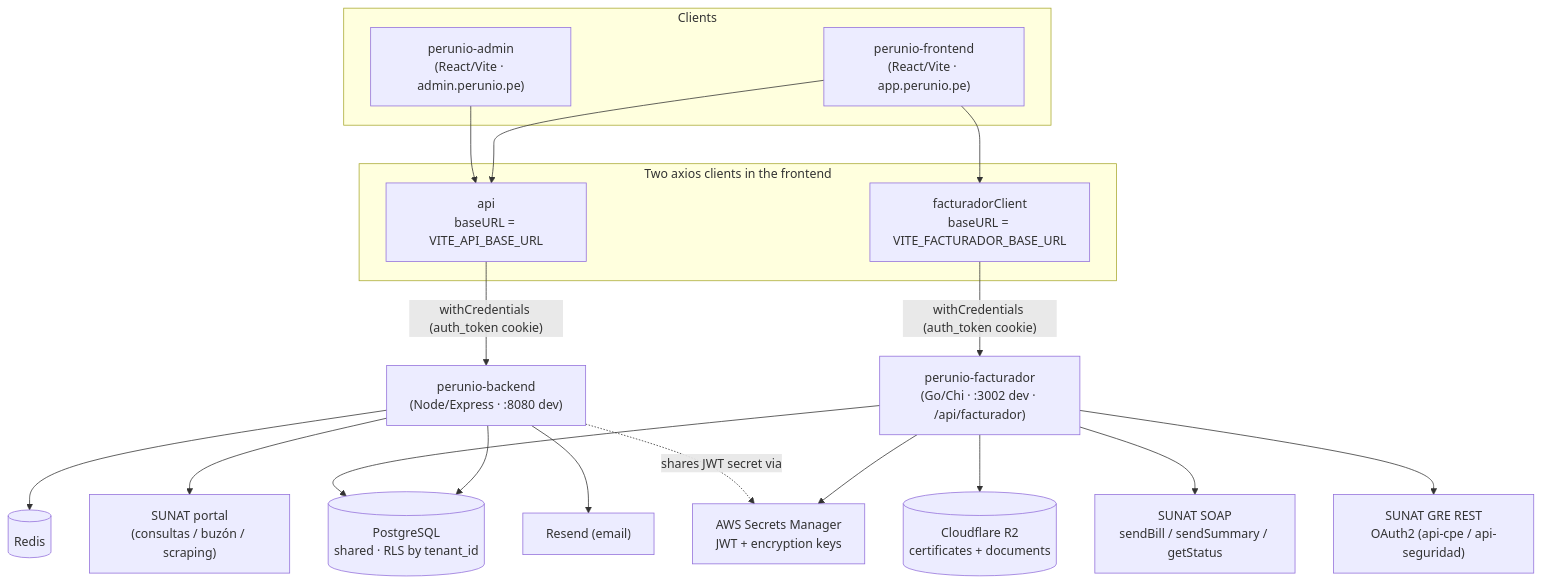
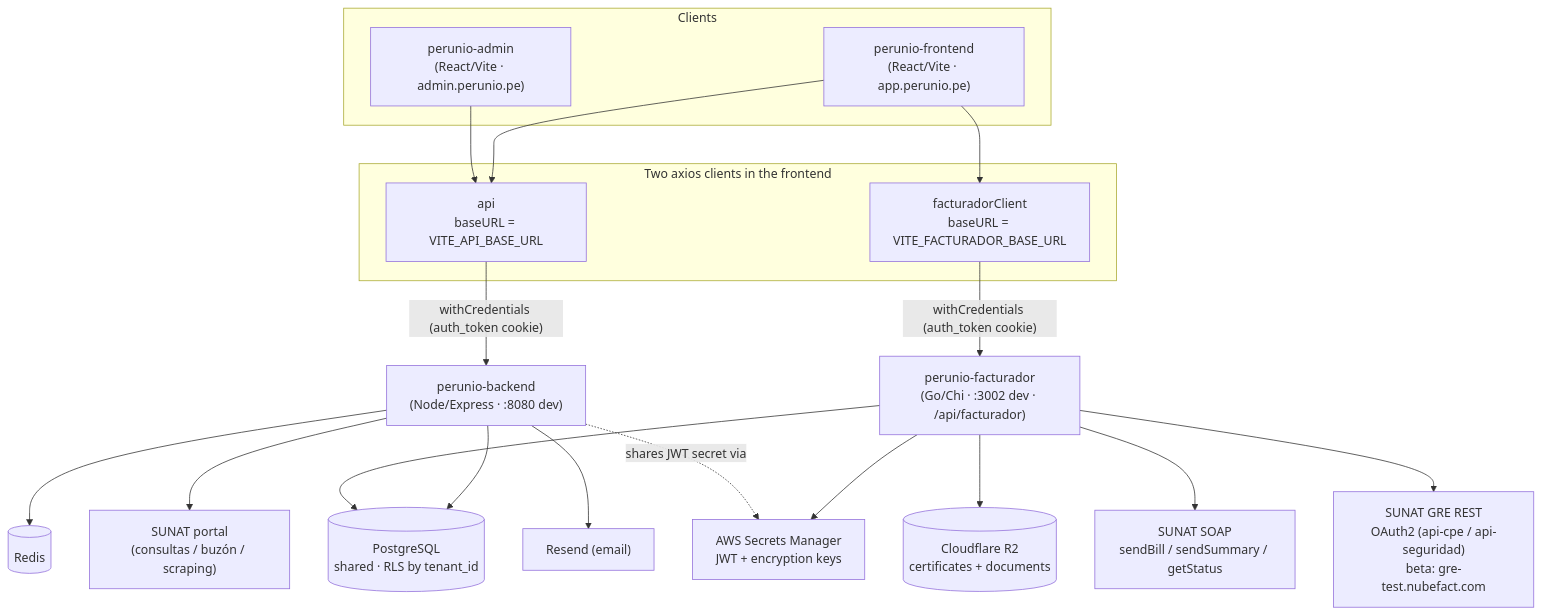
One commit to nmitic/perunio-facturador changed the first of 3 diagrams in ARCHITECTURE.md. Above: the diagram before and after it, drawn with Mermaid. The commit also changed 18 other files, not shown here.

First line of the commit message:
Send beta guías de remisión to a test server, never to SUNAT

````diff
--- a/ARCHITECTURE.md
+++ b/ARCHITECTURE.md
@@ -9,44 +9,44 @@
 ```mermaid
 graph TD
     subgraph Clients
         FE["perunio-frontend<br/>(React/Vite · app.perunio.pe)"]
         ADM["perunio-admin<br/>(React/Vite · admin.perunio.pe)"]
     end
 
     subgraph "Two axios clients in the frontend"
         C1["api<br/>baseURL = VITE_API_BASE_URL"]
         C2["facturadorClient<br/>baseURL = VITE_FACTURADOR_BASE_URL"]
     end
 
     BE["perunio-backend<br/>(Node/Express · :8080 dev)"]
     FAC["perunio-facturador<br/>(Go/Chi · :3002 dev · /api/facturador)"]
 
     PG[("PostgreSQL<br/>shared · RLS by tenant_id")]
     REDIS[("Redis")]
     R2[("Cloudflare R2<br/>certificates + documents")]
     ASM["AWS Secrets Manager<br/>JWT + encryption keys"]
     SUNAT_SOAP["SUNAT SOAP<br/>sendBill / sendSummary / getStatus"]
-    SUNAT_GRE["SUNAT GRE REST<br/>OAuth2 (api-cpe / api-seguridad)"]
+    SUNAT_GRE["SUNAT GRE REST<br/>OAuth2 (api-cpe / api-seguridad)<br/>beta: gre-test.nubefact.com"]
     SUNAT_SCRAPE["SUNAT portal<br/>(consultas / buzón / scraping)"]
     RESEND["Resend (email)"]
 
     FE --> C1
     FE --> C2
     ADM --> C1
 
     C1 -->|"withCredentials (auth_token cookie)"| BE
     C2 -->|"withCredentials (auth_token cookie)"| FAC
 
     BE --> PG
     BE --> REDIS
     BE --> SUNAT_SCRAPE
     BE --> RESEND
 
     FAC --> PG
     FAC --> R2
     FAC --> ASM
     FAC --> SUNAT_SOAP
     FAC --> SUNAT_GRE
 
     BE -. "shares JWT secret via" .-> ASM
 ```
````
